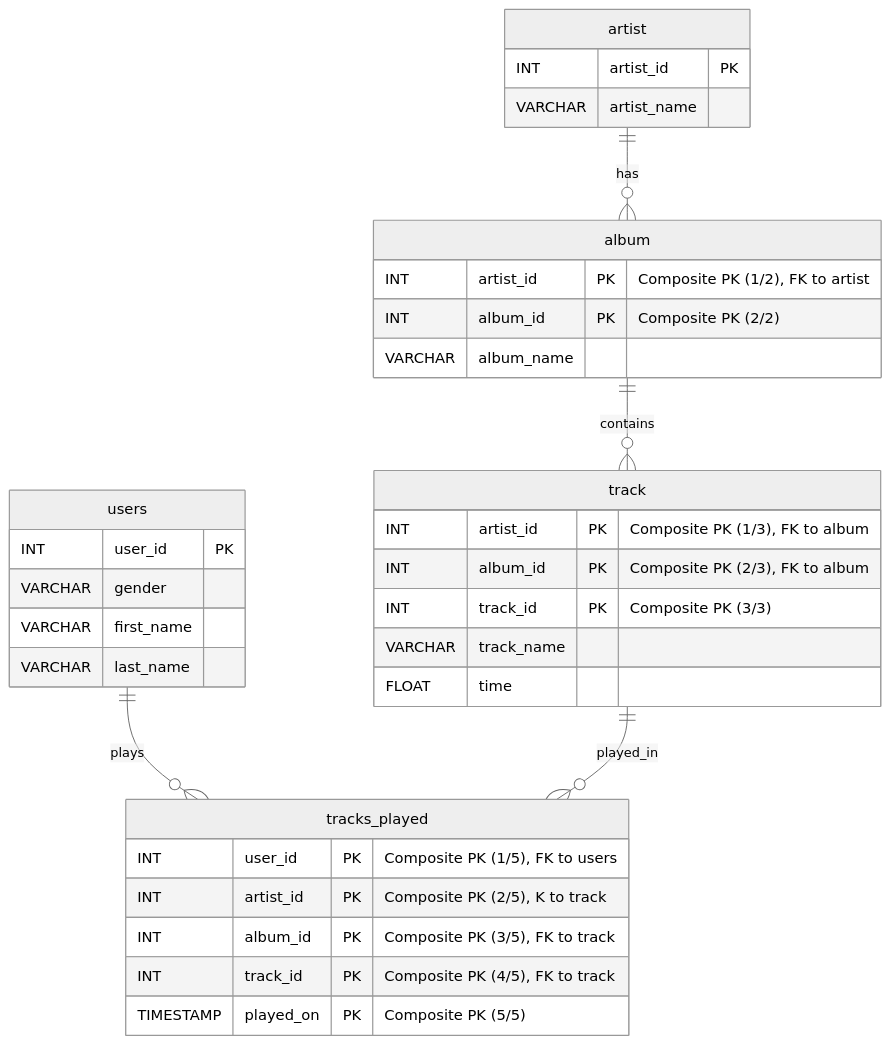
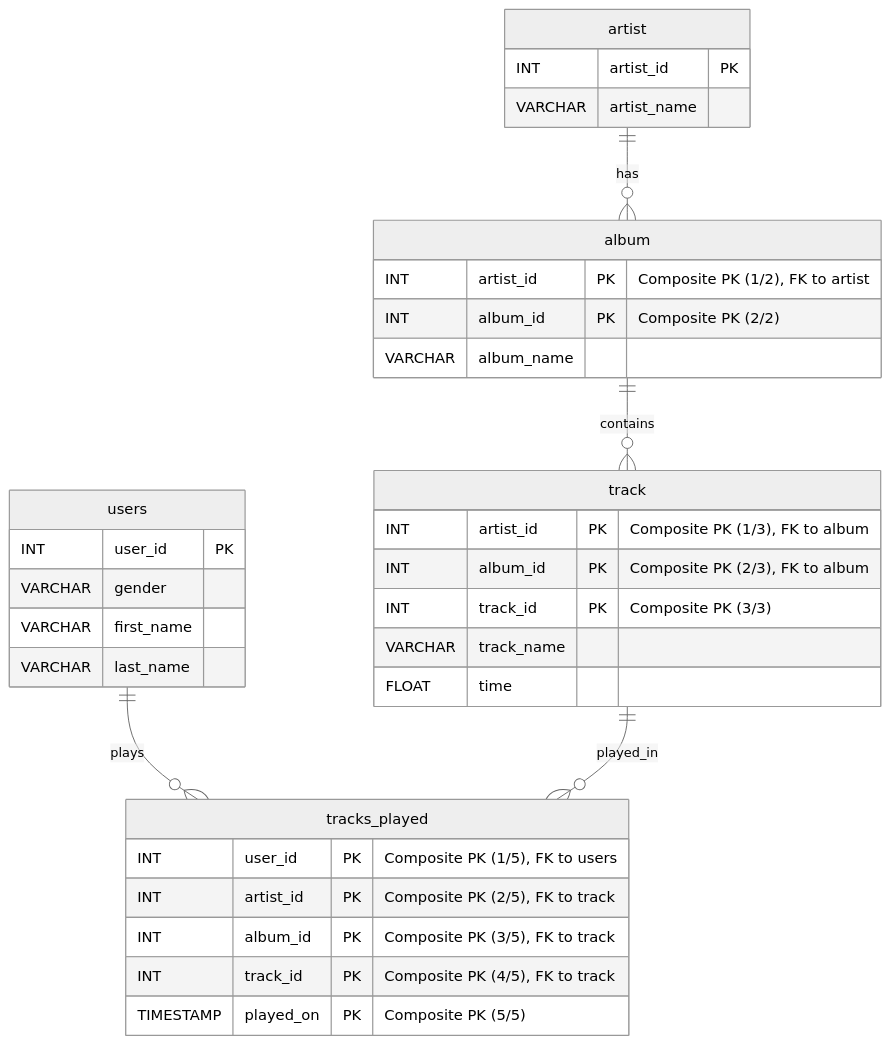
One commit to ipeirotis/introduction-to-databases changed the diagram in schemas/music.md. Above: the diagram before and after it, drawn with Mermaid (neutral theme).

Commit message:
Fix foreign key reference in tracks_played schema

````diff
--- a/schemas/music.md
+++ b/schemas/music.md
@@ -3,37 +3,37 @@
 ```mermaid
 erDiagram
     artist {
         INT artist_id PK
         VARCHAR artist_name
     }
     album {
         INT artist_id PK "Composite PK (1/2), FK to artist"
         INT album_id PK "Composite PK (2/2)"
         VARCHAR album_name
     }
     track {
         INT artist_id PK "Composite PK (1/3), FK to album"
         INT album_id PK "Composite PK (2/3), FK to album"
         INT track_id PK "Composite PK (3/3)"
         VARCHAR track_name
         FLOAT time
     }
     users {
         INT user_id PK
         VARCHAR gender
         VARCHAR first_name
         VARCHAR last_name
     }
     tracks_played {
         INT user_id PK "Composite PK (1/5), FK to users"
-        INT artist_id PK "Composite PK (2/5), K to track"
+        INT artist_id PK "Composite PK (2/5), FK to track"
         INT album_id PK "Composite PK (3/5), FK to track"
         INT track_id PK "Composite PK (4/5), FK to track"
         TIMESTAMP played_on PK "Composite PK (5/5)"
     }
 
     artist ||--o{ album : "has"
     album ||--o{ track : "contains"
     users ||--o{ tracks_played : "plays"
     track ||--o{ tracks_played : "played_in"
 ```
````
